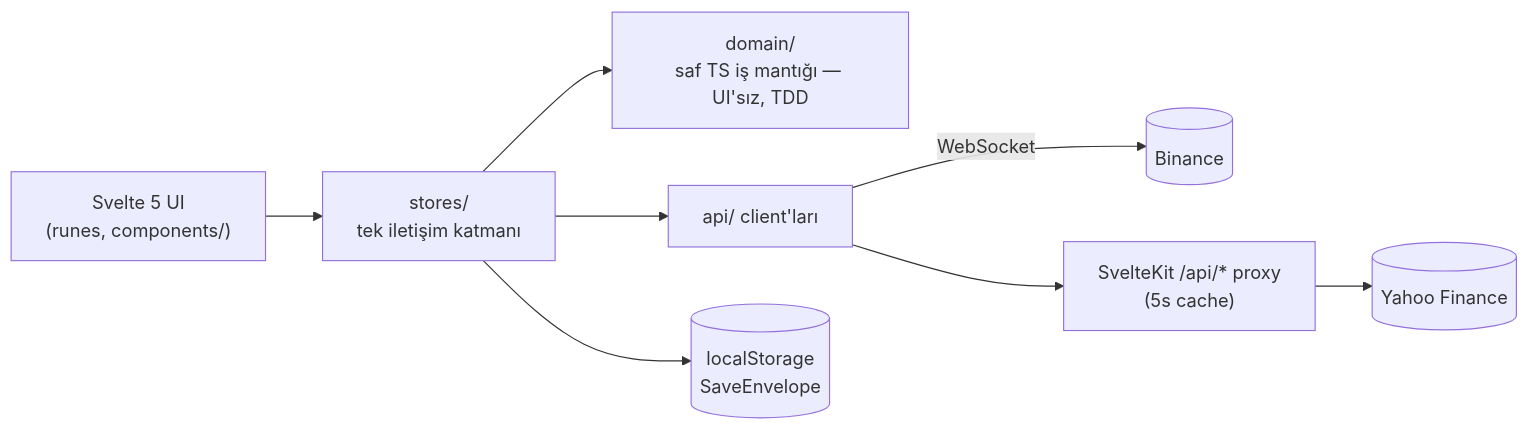
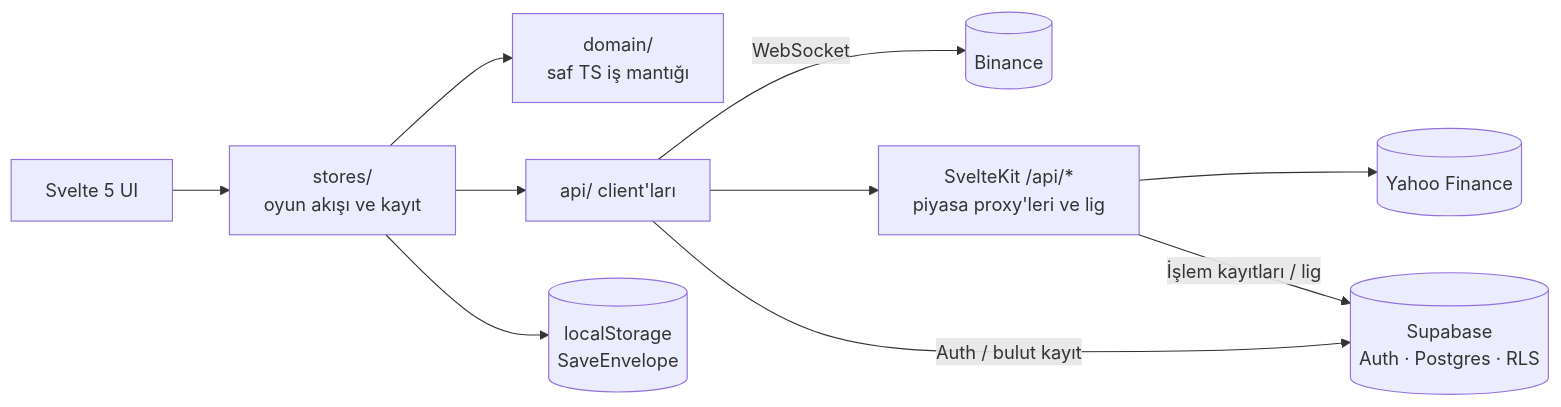
One commit to rudukan/miras changed the diagram in README.md. Above: the diagram before and after it, drawn with Mermaid. The commit also changed other lines of this file and 3 other files, not shown here.

````diff
--- a/README.md
+++ b/README.md
@@ -22,10 +38,12 @@
 ```mermaid
 flowchart LR
-  UI["Svelte 5 UI<br/>(runes, components/)"] --> ST["stores/<br/>tek iletişim katmanı"]
-  ST --> DM["domain/<br/>saf TS iş mantığı — UI'sız, TDD"]
+  UI["Svelte 5 UI"] --> ST["stores/<br/>oyun akışı ve kayıt"]
+  ST --> DM["domain/<br/>saf TS iş mantığı"]
   ST --> AC["api/ client'ları"]
   AC -- "WebSocket" --> BN[("Binance")]
-  AC --> PX["SvelteKit /api/* proxy<br/>(5s cache)"]
+  AC --> PX["SvelteKit /api/*<br/>piyasa proxy'leri ve lig"]
   PX --> YH[("Yahoo Finance")]
+  AC -- "Auth / bulut kayıt" --> SB[("Supabase<br/>Auth · Postgres · RLS")]
+  PX -- "İşlem kayıtları / lig" --> SB
   ST --> LS[("localStorage<br/>SaveEnvelope")]
 ```
````
